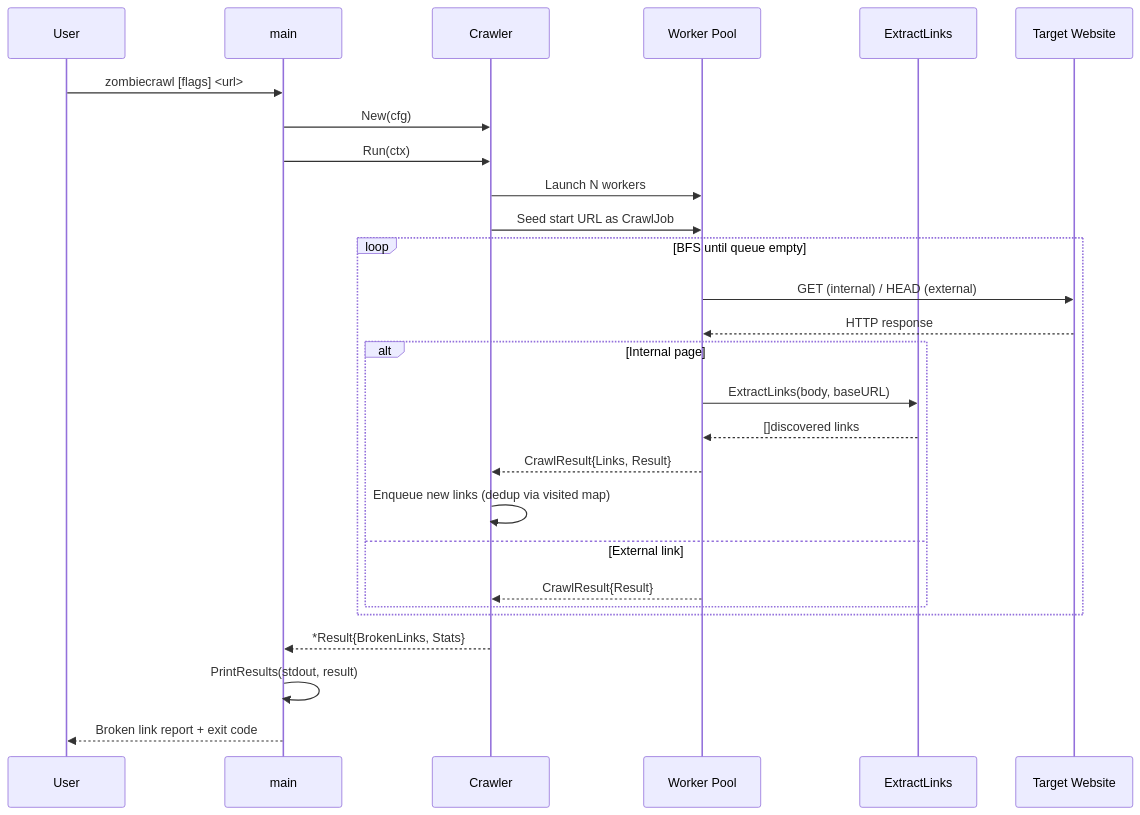
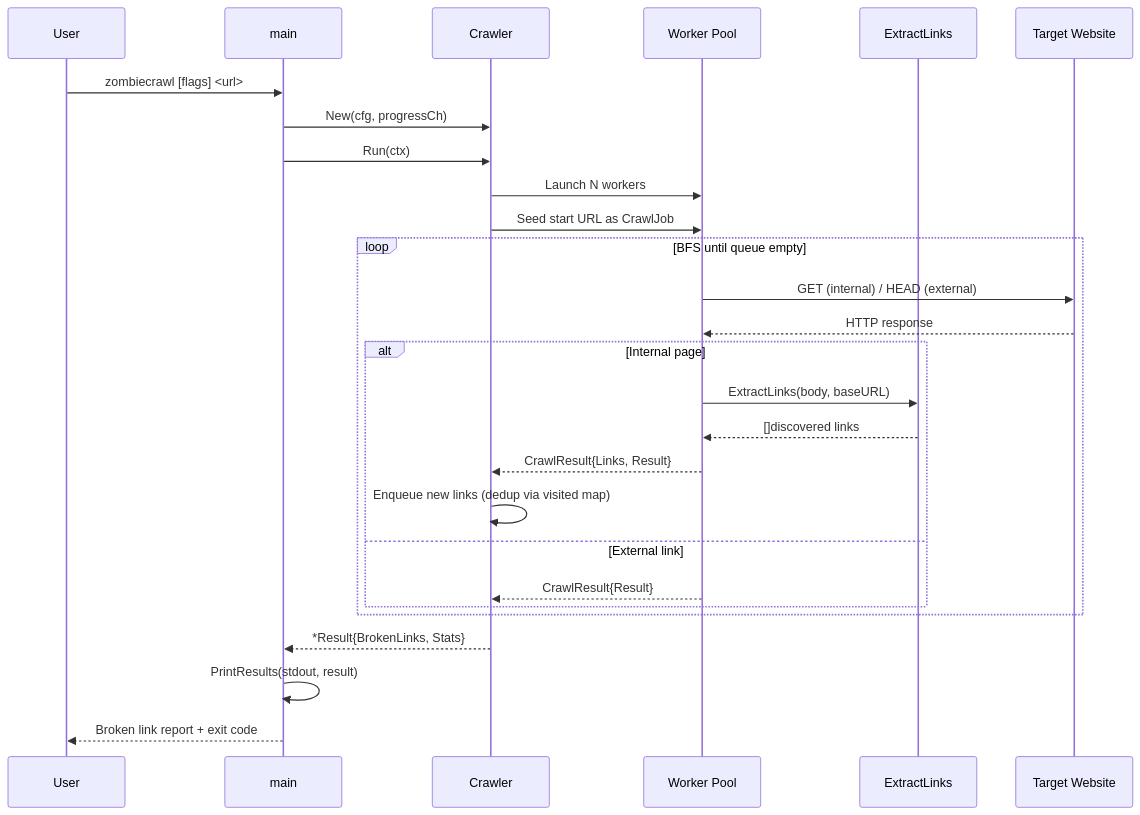
One commit to lukemcguire/vibraphone-template changed the fifth of 5 diagrams in docs/ARCHITECTURE.md. Above: the diagram before and after it, drawn with Mermaid. The commit also changed other lines of this file, not shown here.

First line of the commit message:
docs: add CrawlEvent and events component to architecture diagrams

````diff
--- a/docs/ARCHITECTURE.md
+++ b/docs/ARCHITECTURE.md
@@ -129,32 +139,32 @@
 ```mermaid
 sequenceDiagram
     participant U as User
     participant M as main
     participant C as Crawler
     participant W as Worker Pool
     participant E as ExtractLinks
     participant T as Target Website
 
     U->>M: zombiecrawl [flags] <url>
-    M->>C: New(cfg)
+    M->>C: New(cfg, progressCh)
     M->>C: Run(ctx)
     C->>W: Launch N workers
     C->>W: Seed start URL as CrawlJob
 
     loop BFS until queue empty
         W->>T: GET (internal) / HEAD (external)
         T-->>W: HTTP response
         alt Internal page
             W->>E: ExtractLinks(body, baseURL)
             E-->>W: []discovered links
             W-->>C: CrawlResult{Links, Result}
             C->>C: Enqueue new links (dedup via visited map)
         else External link
             W-->>C: CrawlResult{Result}
         end
     end
 
     C-->>M: *Result{BrokenLinks, Stats}
     M->>M: PrintResults(stdout, result)
     M-->>U: Broken link report + exit code
 ```
````
